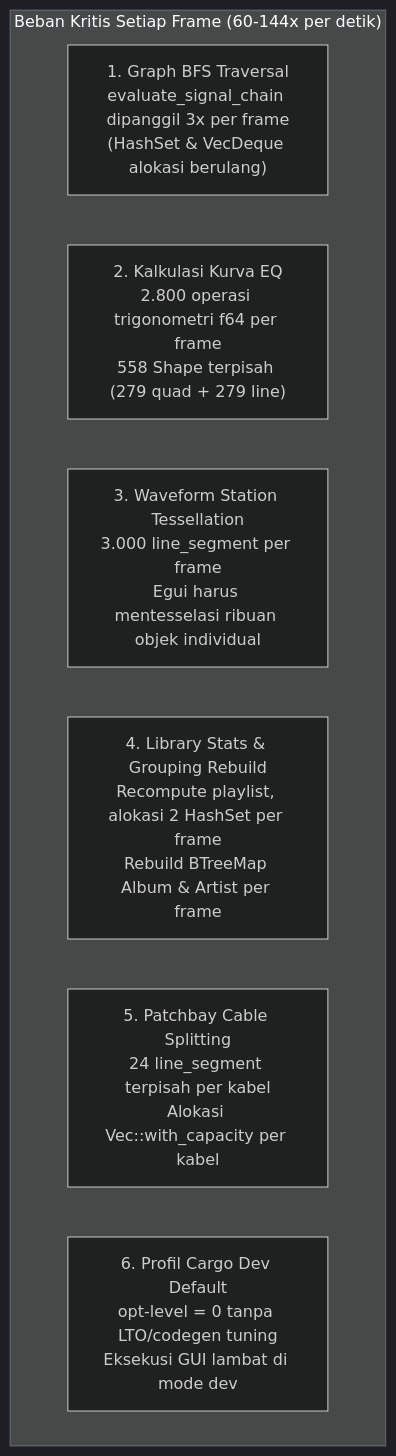
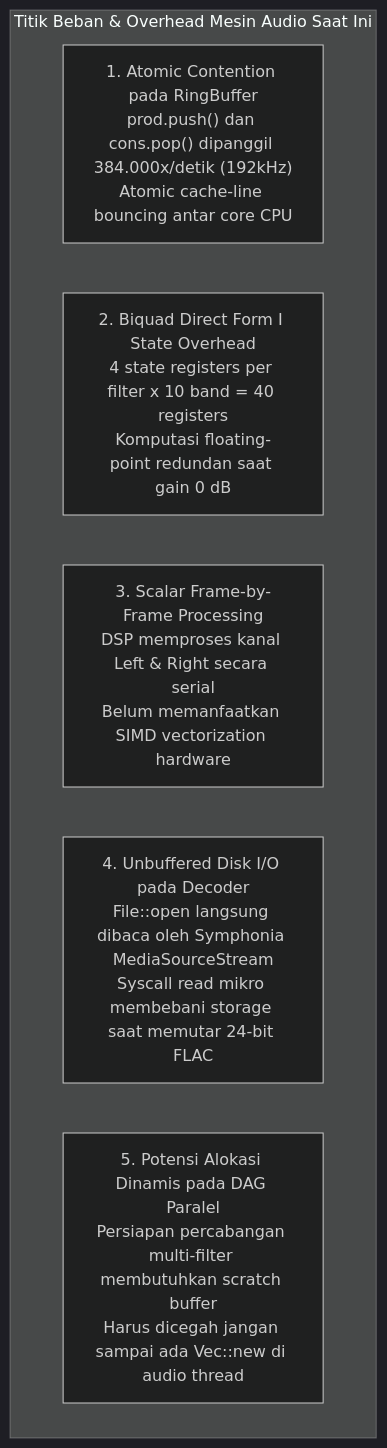
One commit to KurohaMoonlight/Lunula-Player changed the first of 3 diagrams in implementation.md. Above: the diagram before and after it, drawn with Mermaid (dark theme). The commit also changed other lines of this file and 12 other files, not shown here.

````diff
--- a/implementation.md
+++ b/implementation.md
@@ -11,11 +11,10 @@
 ```mermaid
 graph TD
-    subgraph Bottlenecks ["Beban Kritis Setiap Frame (60-144x per detik)"]
-        B1["1. Graph BFS Traversal<br/>evaluate_signal_chain dipanggil 3x per frame<br/>(HashSet & VecDeque alokasi berulang)"]
-        B2["2. Kalkulasi Kurva EQ<br/>2.800 operasi trigonometri f64 per frame<br/>558 Shape terpisah (279 quad + 279 line)"]
-        B3["3. Waveform Station Tessellation<br/>3.000 line_segment per frame<br/>Egui harus mentesselasi ribuan objek individual"]
-        B4["4. Library Stats & Grouping Rebuild<br/>Recompute playlist, alokasi 2 HashSet per frame<br/>Rebuild BTreeMap Album & Artist per frame"]
-        B5["5. Patchbay Cable Splitting<br/>24 line_segment terpisah per kabel<br/>Alokasi Vec::with_capacity per kabel"]
-        B6["6. Profil Cargo Dev Default<br/>opt-level = 0 tanpa LTO/codegen tuning<br/>Eksekusi GUI lambat di mode dev"]
+    subgraph Audio_Bottlenecks ["Titik Beban & Overhead Mesin Audio Saat Ini"]
+        A1["1. Atomic Contention pada RingBuffer<br/>prod.push() dan cons.pop() dipanggil 384.000x/detik (192kHz)<br/>Atomic cache-line bouncing antar core CPU"]
+        A2["2. Biquad Direct Form I State Overhead<br/>4 state registers per filter x 10 band = 40 registers<br/>Komputasi floating-point redundan saat gain 0 dB"]
+        A3["3. Scalar Frame-by-Frame Processing<br/>DSP memproses kanal Left & Right secara serial<br/>Belum memanfaatkan SIMD vectorization hardware"]
+        A4["4. Unbuffered Disk I/O pada Decoder<br/>File::open langsung dibaca oleh Symphonia MediaSourceStream<br/>Syscall read mikro membebani storage saat memutar 24-bit FLAC"]
+        A5["5. Potensi Alokasi Dinamis pada DAG Paralel<br/>Persiapan percabangan multi-filter membutuhkan scratch buffer<br/>Harus dicegah jangan sampai ada Vec::new di audio thread"]
     end
 ```
````
